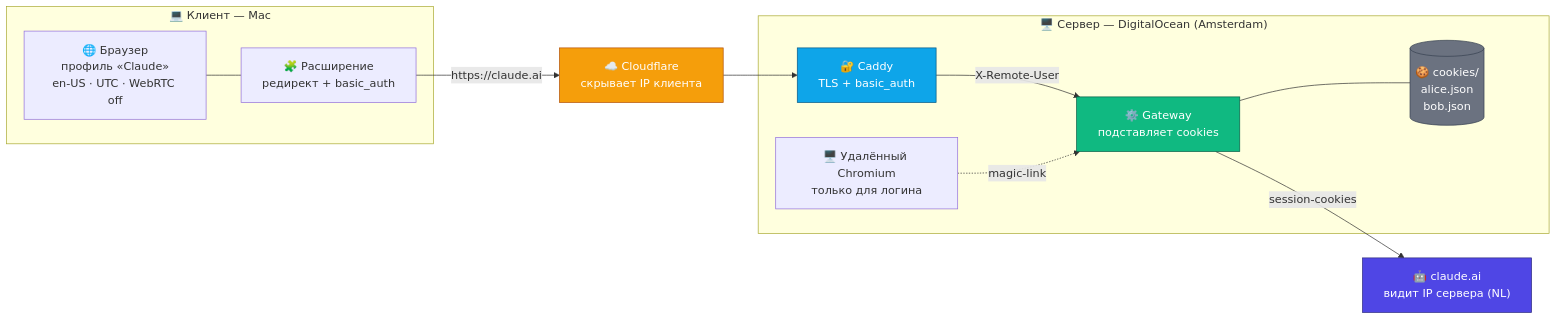
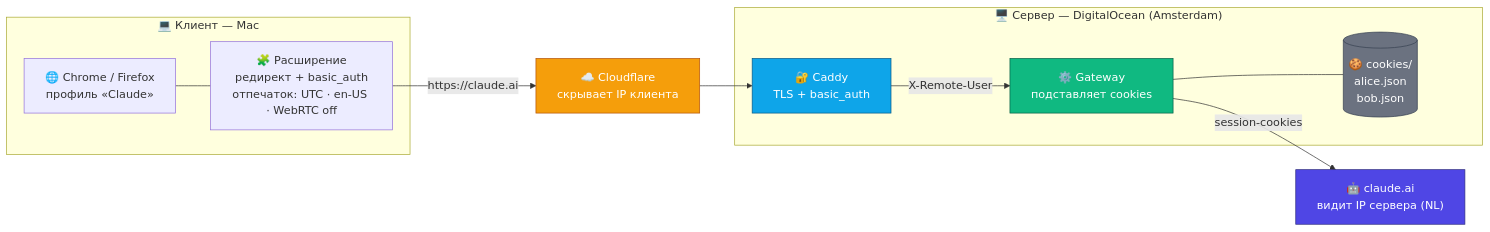
The first of 2 diagrams in README.md (JFT-git/claude_for_browes), drawn with Mermaid before and after one commit. The commit also changed other lines of this file and 20 other files, not shown here.

Commit message:
Security hardening, Firefox support, fingerprint normalisation (UTC/en-US), tests, SECURITY.md

````diff
--- a/README.md
+++ b/README.md
@@ -9,32 +9,30 @@
 ```mermaid
 flowchart LR
     subgraph CLIENT["💻 Клиент — Mac"]
-        A["🌐 Браузер<br/>профиль «Claude»<br/>en-US · UTC · WebRTC off"]
-        B["🧩 Расширение<br/>редирект + basic_auth"]
+        A["🌐 Chrome / Firefox<br/>профиль «Claude»"]
+        B["🧩 Расширение<br/>редирект + basic_auth<br/>отпечаток: UTC · en-US · WebRTC off"]
         A --- B
     end
 
     CF["☁️ Cloudflare<br/>скрывает IP клиента"]
 
     subgraph SERVER["🖥️ Сервер — DigitalOcean (Amsterdam)"]
         C["🔐 Caddy<br/>TLS + basic_auth"]
         D["⚙️ Gateway<br/>подставляет cookies"]
         E[("🍪 cookies/<br/>alice.json<br/>bob.json")]
-        F["🖥️ Удалённый Chromium<br/>только для логина"]
         C -->|"X-Remote-User"| D
         D --- E
     end
 
     AI["🤖 claude.ai<br/>видит IP сервера (NL)"]
 
     B -->|"https://claude.ai"| CF
     CF --> C
     D -->|"session-cookies"| AI
-    F -.->|"magic-link"| D
 
     style AI fill:#4f46e5,color:#fff,stroke:#312e81
     style CF fill:#f59e0b,color:#fff,stroke:#b45309
     style D fill:#10b981,color:#fff,stroke:#065f46
     style C fill:#0ea5e9,color:#fff,stroke:#075985
     style E fill:#6b7280,color:#fff,stroke:#374151
 ```
````
